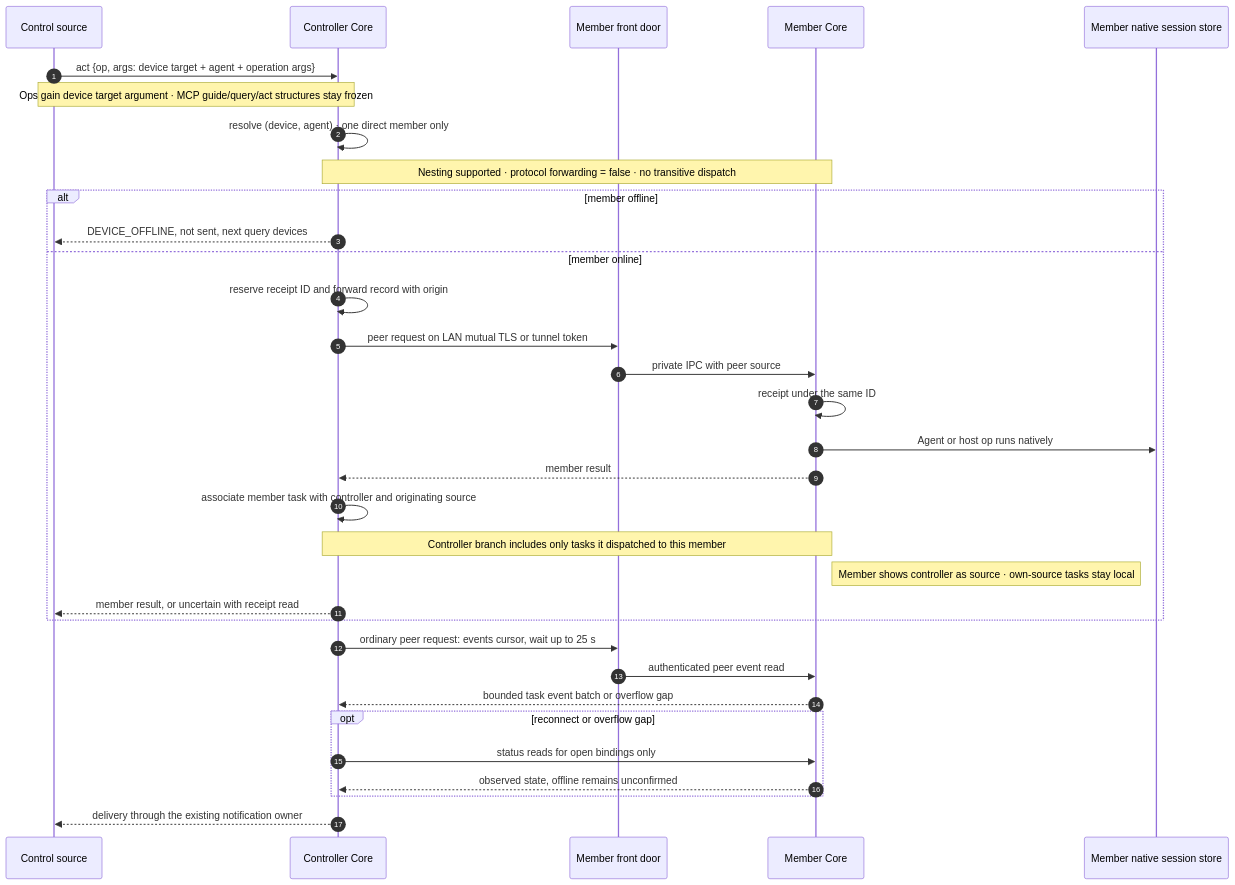
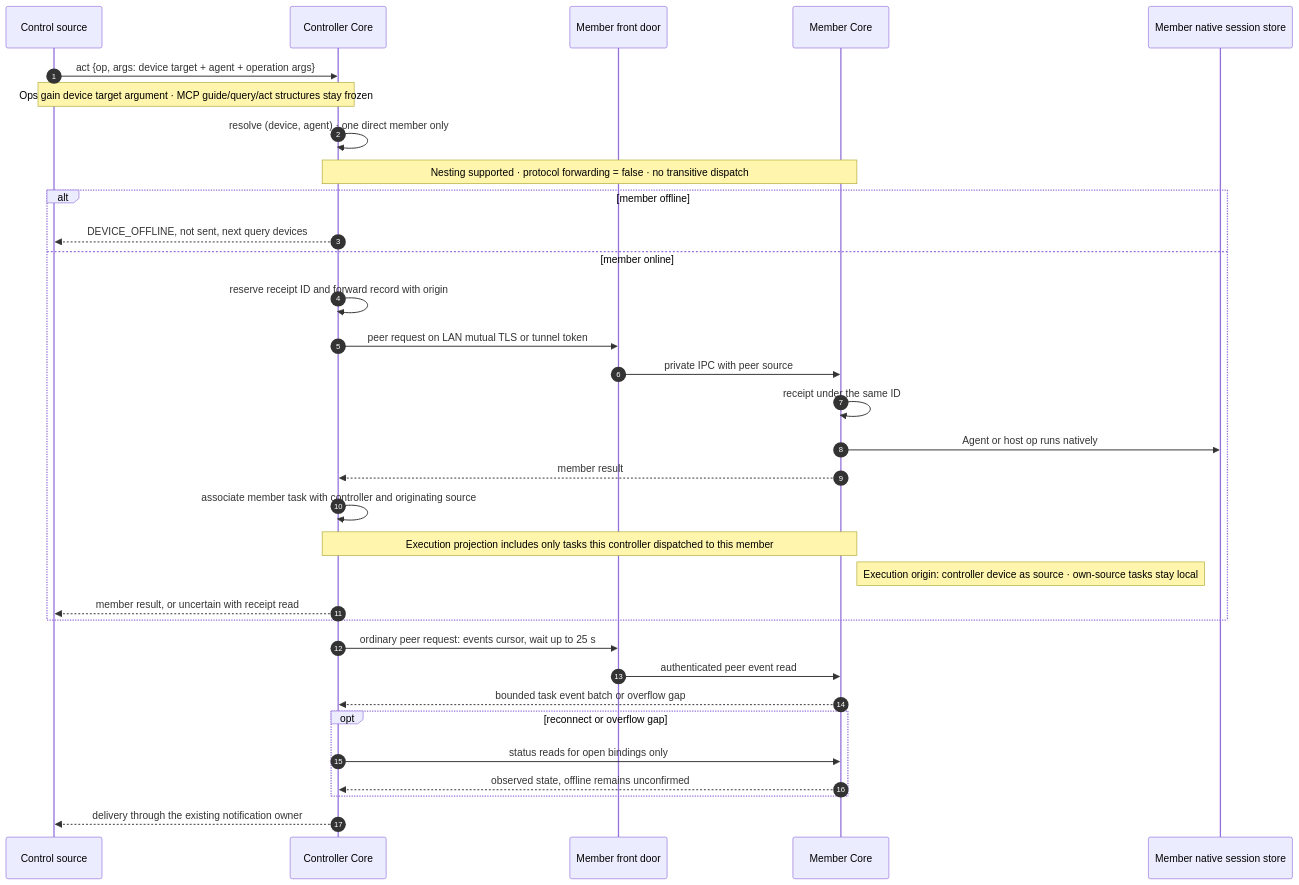
Before and after one commit to whzxc/agent-remote-control: the diagram in arch/mechanisms/device-forward.mmd, drawn with Mermaid. The commit also changed 13 other files, not shown here.

```diff
--- a/arch/mechanisms/device-forward.mmd
+++ b/arch/mechanisms/device-forward.mmd
@@ -1,35 +1,35 @@
 %% Device forward (layer 2): one control-source write forwarded from the controller to a member.
 %% Index and code mapping: docs/dev/arch-assets.md
 sequenceDiagram
   autonumber
   participant S as Control source
   participant C as Controller Core
   participant M as Member front door
   participant R as Member Core
   participant N as Member native session store
   S->>C: act {op, args: device target + agent + operation args}
   Note over S,C: Ops gain device target argument · MCP guide/query/act structures stay frozen
   C->>C: resolve (device, agent) · one direct member only
   Note over C,R: Nesting supported · protocol forwarding = false · no transitive dispatch
   alt member offline
     C-->>S: DEVICE_OFFLINE, not sent, next query devices
   else member online
     C->>C: reserve receipt ID and forward record with origin
     C->>M: peer request on LAN mutual TLS or tunnel token
     M->>R: private IPC with peer source
     R->>R: receipt under the same ID
     R->>N: Agent or host op runs natively
     R-->>C: member result
     C->>C: associate member task with controller and originating source
-    Note over C,R: Controller branch includes only tasks it dispatched to this member
-    Note right of R: Member shows controller as source · own-source tasks stay local
+    Note over C,R: Execution projection includes only tasks this controller dispatched to this member
+    Note right of R: Execution origin: controller device as source · own-source tasks stay local
     C-->>S: member result, or uncertain with receipt read
   end
   C->>M: ordinary peer request: events cursor, wait up to 25 s
   M->>R: authenticated peer event read
   R-->>C: bounded task event batch or overflow gap
   opt reconnect or overflow gap
     C->>R: status reads for open bindings only
     R-->>C: observed state, offline remains unconfirmed
   end
   C-->>S: delivery through the existing notification owner
```
